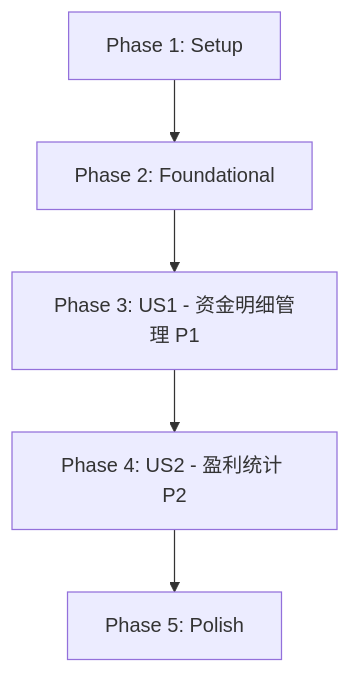
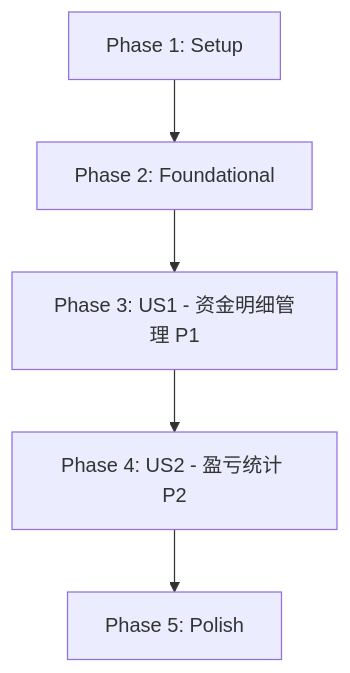
One commit to dolphinzb/StockAnalyzer changed the diagram in specs/013-fund-management/tasks.md. Above: the diagram before and after it, drawn with Mermaid. The commit also changed other lines of this file and 15 other files, not shown here.

````diff
--- a/specs/013-fund-management/tasks.md
+++ b/specs/013-fund-management/tasks.md
@@ -12,7 +12,7 @@
 ```mermaid
 graph TD
     A[Phase 1: Setup] --> B[Phase 2: Foundational]
     B --> C[Phase 3: US1 - 资金明细管理 P1]
-    C --> D[Phase 4: US2 - 盈利统计 P2]
+    C --> D[Phase 4: US2 - 盈亏统计 P2]
     D --> E[Phase 5: Polish]
 ```
````
